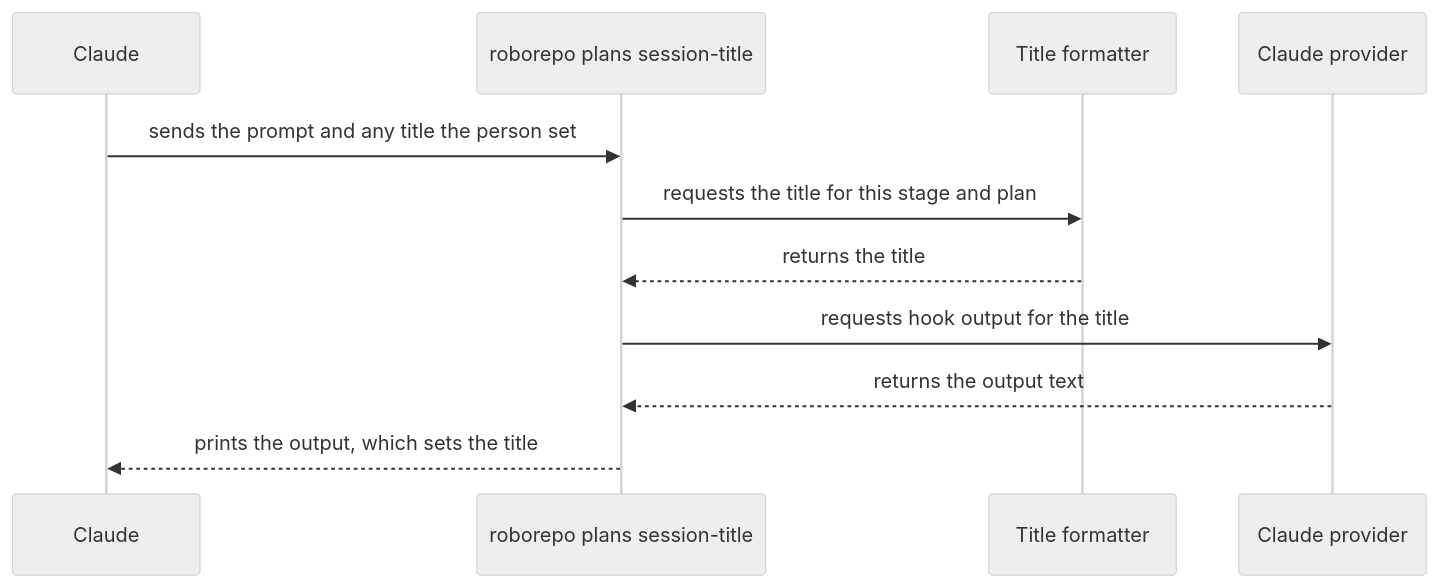
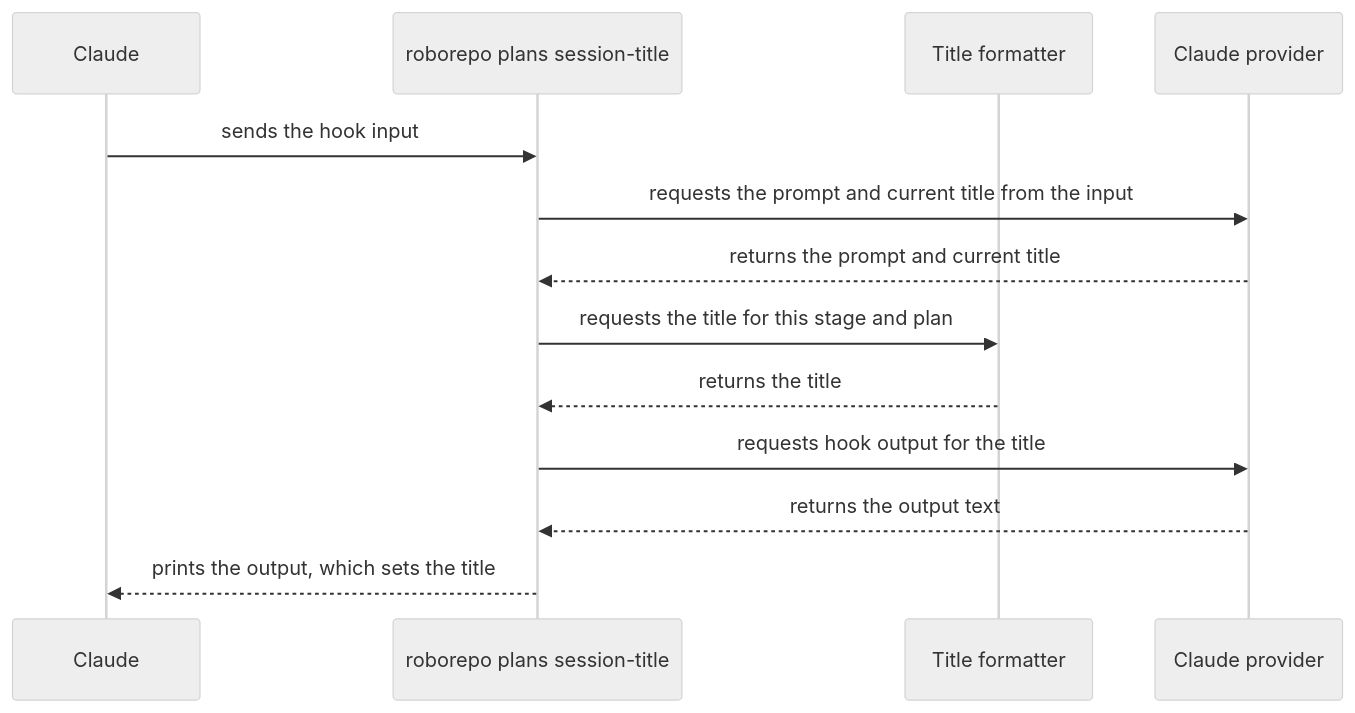
The diagram in plans/backlog/session-stage-titles.md (kirinmurphy/roborepo-alpha), drawn with Mermaid (neutral theme) before and after one commit. The commit also changed other lines of this file, not shown here.

````diff
--- a/plans/backlog/session-stage-titles.md
+++ b/plans/backlog/session-stage-titles.md
@@ -120,13 +128,15 @@
 ```mermaid
 sequenceDiagram
   participant Claude
   participant Command as roborepo plans session-title
   participant Formatter as Title formatter
   participant Provider as Claude provider
-  Claude->>Command: sends the prompt and any title the person set
+  Claude->>Command: sends the hook input
+  Command->>Provider: requests the prompt and current title from the input
+  Provider-->>Command: returns the prompt and current title
   Command->>Formatter: requests the title for this stage and plan
   Formatter-->>Command: returns the title
   Command->>Provider: requests hook output for the title
   Provider-->>Command: returns the output text
   Command-->>Claude: prints the output, which sets the title
 ```
````
